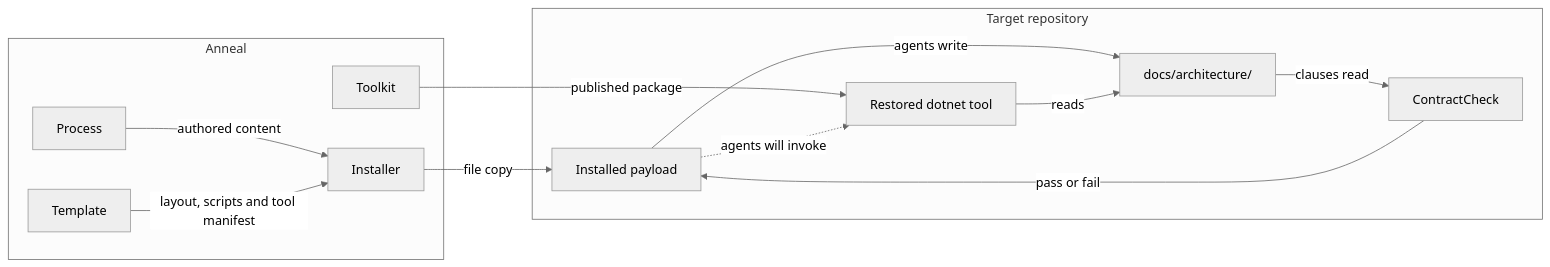
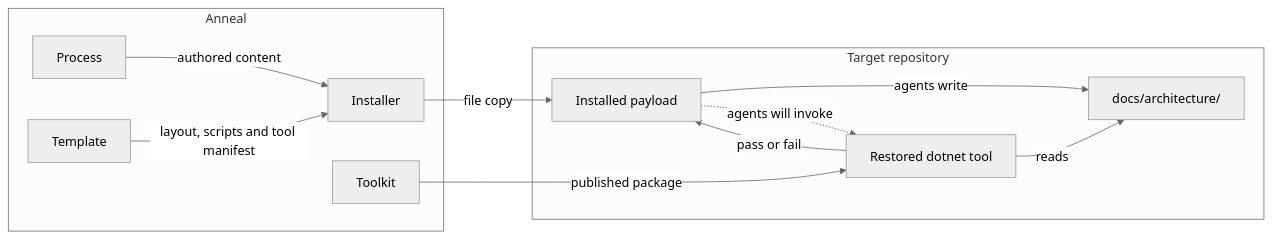
Before and after one commit to demaconsulting/Anneal: the diagram in docs/architecture/overview.md, drawn with Mermaid (neutral theme). The commit also changed other lines of this file and 20 other files, not shown here.

````diff
--- a/docs/architecture/overview.md
+++ b/docs/architecture/overview.md
@@ -46,25 +46,23 @@
 ```mermaid
 flowchart LR
     subgraph Anneal
         Process[Process]
         Template[Template]
         Installer[Installer]
         Toolkit[Toolkit]
     end
     subgraph Target["Target repository"]
         Payload[Installed payload]
         Tree["docs/architecture/"]
-        Check[ContractCheck]
         Tool["Restored dotnet tool"]
     end
 
     Process -- "authored content" --> Installer
     Template -- "layout, scripts and tool manifest" --> Installer
     Installer -- "file copy" --> Payload
     Toolkit -- "published package" --> Tool
     Payload -- "agents write" --> Tree
     Payload -. "agents will invoke" .-> Tool
     Tool -- "reads" --> Tree
-    Tree -- "clauses read" --> Check
-    Check -- "pass or fail" --> Payload
+    Tool -- "pass or fail" --> Payload
 ```
````
